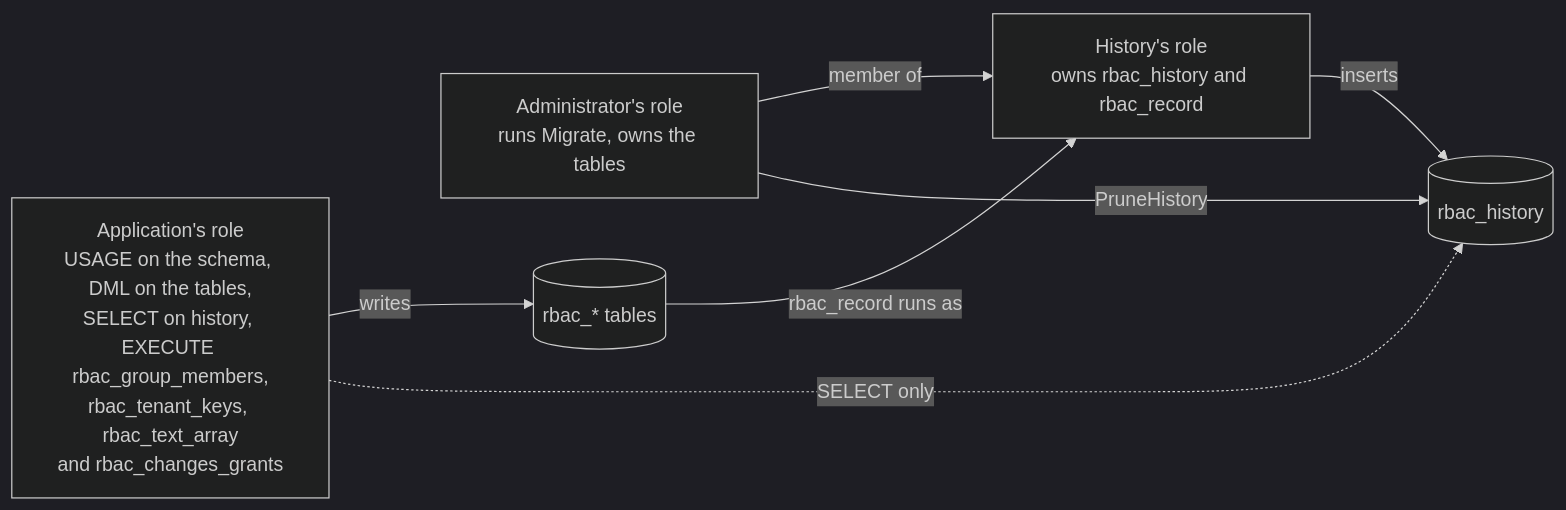
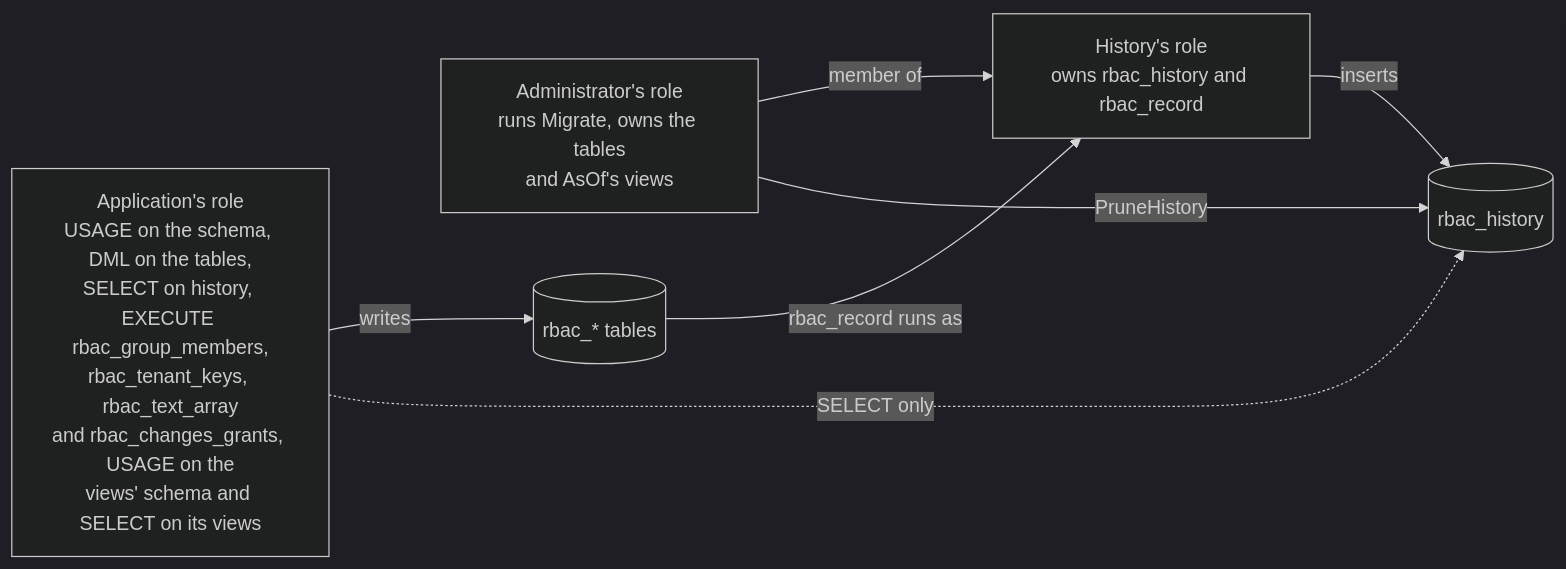
Diagram 14 of 14 in docs/architecture.md (parallelworks/rbac), drawn with Mermaid (dark theme) before and after one commit. The commit also changed other lines of this file and 12 other files, not shown here.

````diff
--- a/docs/architecture.md
+++ b/docs/architecture.md
@@ -1310,12 +1334,12 @@
 ```mermaid
 flowchart LR
-    admin["Administrator's role<br/>runs Migrate, owns the tables"]
+    admin["Administrator's role<br/>runs Migrate, owns the tables<br/>and AsOf's views"]
     histrole["History's role<br/>owns rbac_history and rbac_record"]
-    app["Application's role<br/>USAGE on the schema, DML on the tables,<br/>SELECT on history, EXECUTE rbac_group_members,<br/>rbac_tenant_keys, rbac_text_array<br/>and rbac_changes_grants"]
+    app["Application's role<br/>USAGE on the schema, DML on the tables,<br/>SELECT on history, EXECUTE rbac_group_members,<br/>rbac_tenant_keys, rbac_text_array<br/>and rbac_changes_grants, USAGE on the<br/>views' schema and SELECT on its views"]
     admin -->|"member of"| histrole
     app -->|"writes"| tables[("rbac_* tables")]
     tables -->|"rbac_record runs as"| histrole
     histrole -->|"inserts"| hist[("rbac_history")]
     app -.->|"SELECT only"| hist
     admin -->|"PruneHistory"| hist
 ```
````
